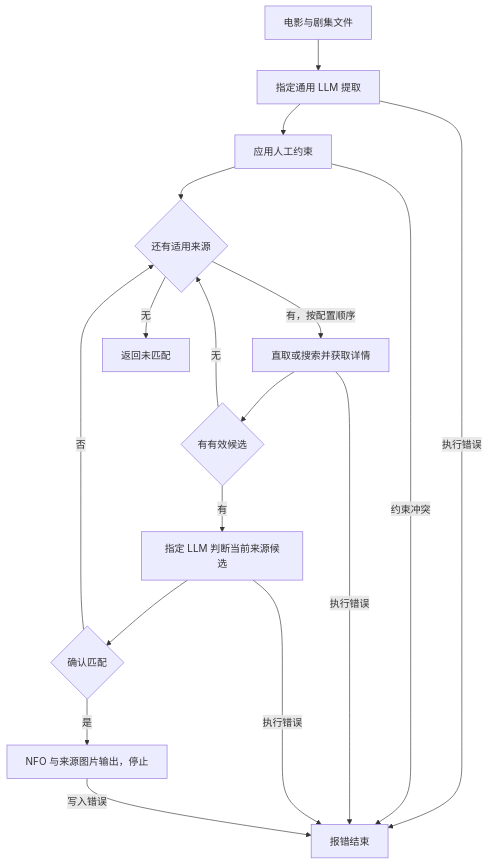
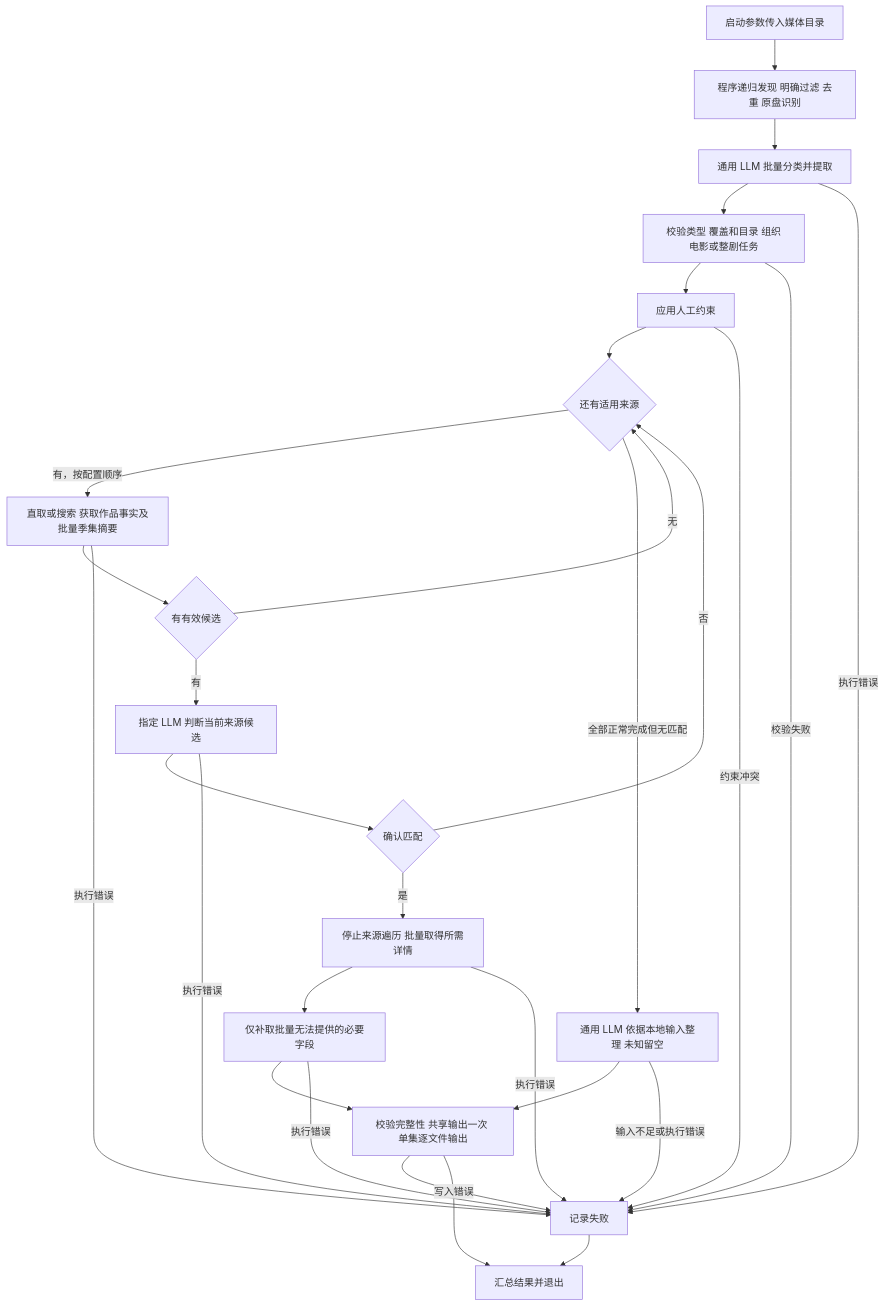
One commit to 0987363/kodi-metadata-tmdb-cli changed the diagram in docs/metadata-providers.md. Above: the diagram before and after it, drawn with Mermaid. The commit also changed other lines of this file and 95 other files, not shown here.

````diff
--- a/docs/metadata-providers.md
+++ b/docs/metadata-providers.md
@@ -25,19 +27,30 @@
 ```mermaid
 flowchart TD
-    A[电影与剧集文件] --> B[指定通用 LLM 提取]
-    B --> C[应用人工约束]
+    A[启动参数传入媒体目录] --> A1[程序递归发现 明确过滤 去重 原盘识别]
+    A1 --> B[通用 LLM 批量分类并提取]
+    B --> B1[校验类型 覆盖和目录 组织电影或整剧任务]
+    B1 --> C[应用人工约束]
     C --> D{还有适用来源}
-    D -->|有，按配置顺序| E[直取或搜索并获取详情]
-    D -->|无| I[返回未匹配]
+    D -->|有，按配置顺序| E[直取或搜索 获取作品事实及批量季集摘要]
+    D -->|全部正常完成但无匹配| I[通用 LLM 依据本地输入整理 未知留空]
+    I --> J
+    I -->|输入不足或执行错误| K
     E --> F{有有效候选}
     F -->|无| D
     F -->|有| G[指定 LLM 判断当前来源候选]
     G --> H{确认匹配}
     H -->|否| D
-    H -->|是| J[NFO 与来源图片输出，停止]
-    B -->|执行错误| K[报错结束]
+    H -->|是| L[停止来源遍历 批量取得所需详情]
+    L --> M[仅补取批量无法提供的必要字段]
+    M --> J[校验完整性 共享输出一次 单集逐文件输出]
+    B -->|执行错误| K[记录失败]
+    B1 -->|校验失败| K
     C -->|约束冲突| K
     E -->|执行错误| K
     G -->|执行错误| K
+    L -->|执行错误| K
+    M -->|执行错误| K
     J -->|写入错误| K
+    J --> Z[汇总结果并退出]
+    K --> Z
 ```
````
